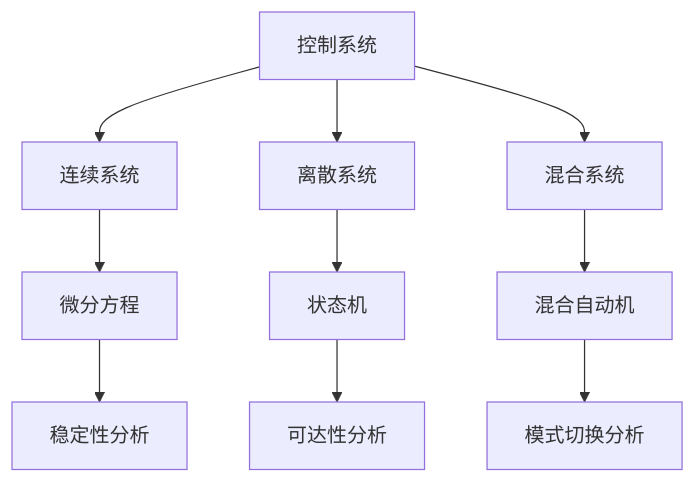
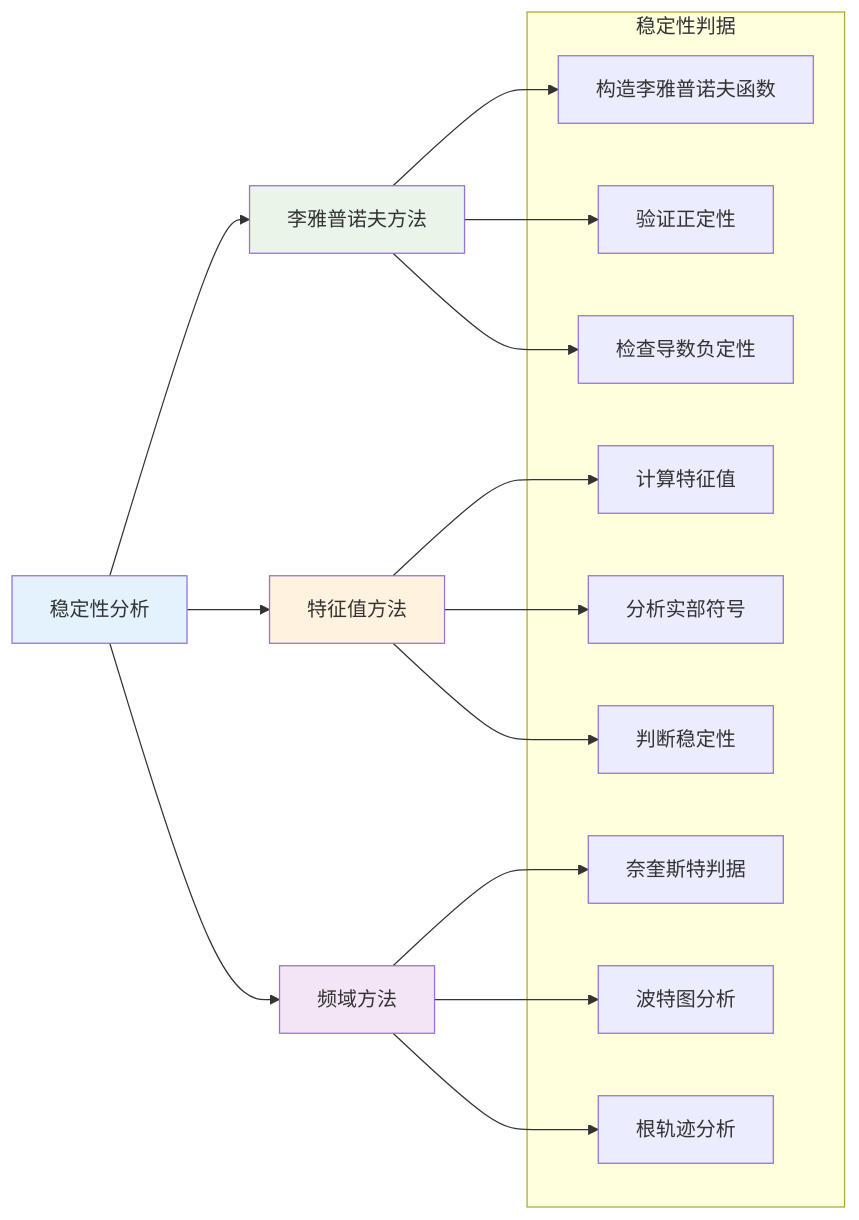
Before and after one commit to AdaMartin18010/Lean: the fourth of 4 diagrams in analysis/1-形式化理论/1.3-时序逻辑与控制/1.3.4-控制系统的时序约束证明.md, drawn with Mermaid. The commit also changed other lines of this file and 24 other files, not shown here.

````diff
--- a/analysis/1-形式化理论/1.3-时序逻辑与控制/1.3.4-控制系统的时序约束证明.md
+++ b/analysis/1-形式化理论/1.3-时序逻辑与控制/1.3.4-控制系统的时序约束证明.md
@@ -216,14 +804,35 @@
 ```mermaid
-graph TD
-  A[控制系统] --> B[连续系统]
-  A --> C[离散系统]
-  A --> D[混合系统]
-  
-  B --> E[微分方程]
-  C --> F[状态机]
-  D --> G[混合自动机]
-  
-  E --> H[稳定性分析]
-  F --> I[可达性分析]
-  G --> J[模式切换分析]
+graph LR
+    A[稳定性分析] --> B[李雅普诺夫方法]
+    A --> C[特征值方法]
+    A --> D[频域方法]
+    
+    B --> E[构造李雅普诺夫函数]
+    B --> F[验证正定性]
+    B --> G[检查导数负定性]
+    
+    C --> H[计算特征值]
+    C --> I[分析实部符号]
+    C --> J[判断稳定性]
+    
+    D --> K[奈奎斯特判据]
+    D --> L[波特图分析]
+    D --> M[根轨迹分析]
+    
+    subgraph "稳定性判据"
+        E
+        F
+        G
+        H
+        I
+        J
+        K
+        L
+        M
+    end
+    
+    style A fill:#e3f2fd
+    style B fill:#e8f5e8
+    style C fill:#fff3e0
+    style D fill:#f3e5f5
 ```
````
